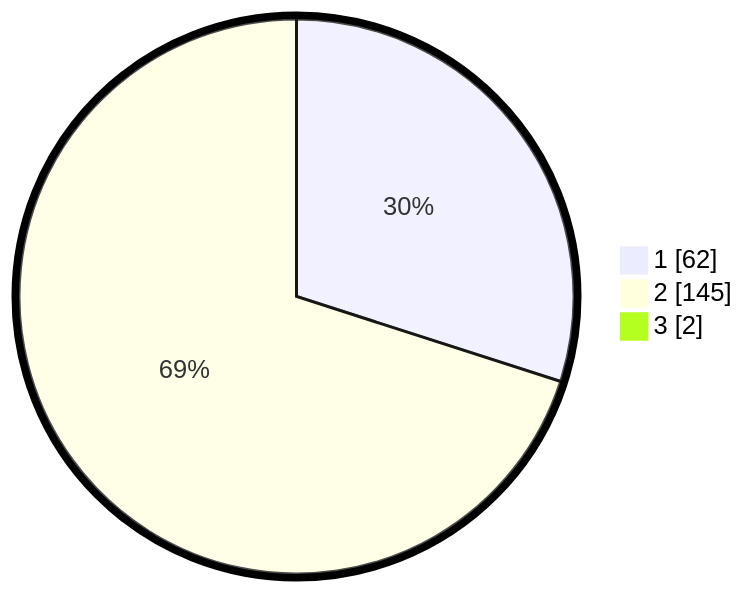
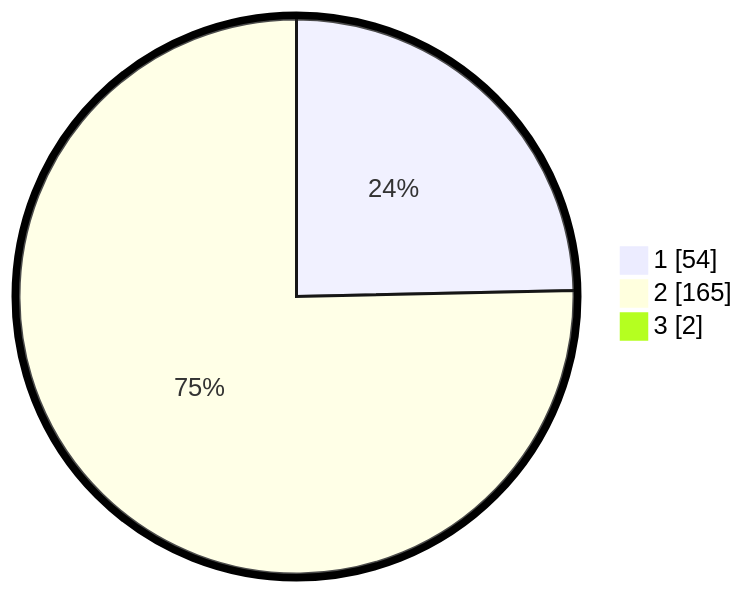
The second of 2 diagrams in pilpres/hitung-suara/sub/52-nusa-tenggara-barat/sub/01-lombok-barat/sub/15-kuripan/sub/2002-jagaraga/sub/010-tps/README.md (gigit-pemilu/pemilu-2024-52-nusa-tenggara-barat), drawn with Mermaid before and after one commit. The commit also changed other lines of this file and 143 other files, not shown here.

````diff
--- a/pilpres/hitung-suara/sub/52-nusa-tenggara-barat/sub/01-lombok-barat/sub/15-kuripan/sub/2002-jagaraga/sub/010-tps/README.md
+++ b/pilpres/hitung-suara/sub/52-nusa-tenggara-barat/sub/01-lombok-barat/sub/15-kuripan/sub/2002-jagaraga/sub/010-tps/README.md
@@ -13,7 +13,7 @@
 ```mermaid
 %%{init: {"pie": {"textPosition": 0.5}, "themeVariables": {"pieOuterStrokeWidth": "5px"}} }%%
 pie showData
-    "1" : 62
-    "2" : 145
+    "1" : 54
+    "2" : 165
     "3" : 2
 ```
````
